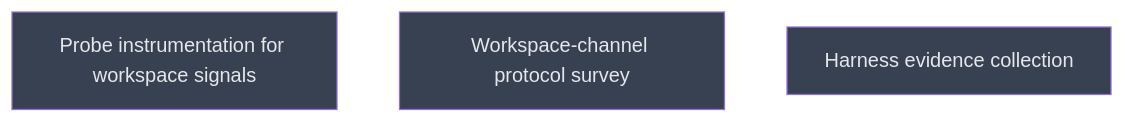
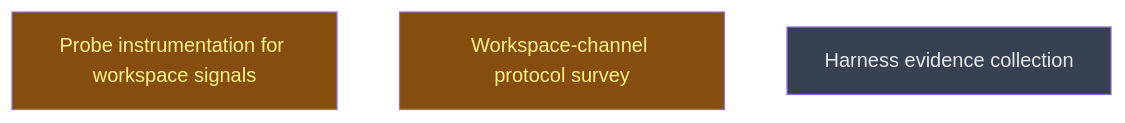
One commit to CrackingShells/colgrep-mcp changed the diagram in __roadmap__/workspace_discovery/README.md. Above: the diagram before and after it, drawn with Mermaid. The commit also changed other lines of this file, not shown here.

Commit message:
chore(roadmap): open the workspace_discovery level-1 dispatch window
Both level-1 implementers dispatched on their own worktrees (task/probe-instrumentation, task/protocol-survey); status flips to inprogress for the window.

````diff
--- a/__roadmap__/workspace_discovery/README.md
+++ b/__roadmap__/workspace_discovery/README.md
@@ -33,11 +33,11 @@
 ```mermaid
 graph TD
-    probe_instrumentation[Probe instrumentation for workspace signals]:::planned
-    protocol_survey[Workspace-channel protocol survey]:::planned
+    probe_instrumentation[Probe instrumentation for workspace signals]:::inprogress
+    protocol_survey[Workspace-channel protocol survey]:::inprogress
     evidence[Harness evidence collection]:::planned
     classDef done       fill:#166534,color:#bbf7d0
     classDef inprogress fill:#854d0e,color:#fef08a
     classDef planned    fill:#374151,color:#e5e7eb
     classDef amendment  fill:#1e3a5f,color:#bfdbfe
     classDef blocked    fill:#7f1d1d,color:#fecaca
 ```
````
